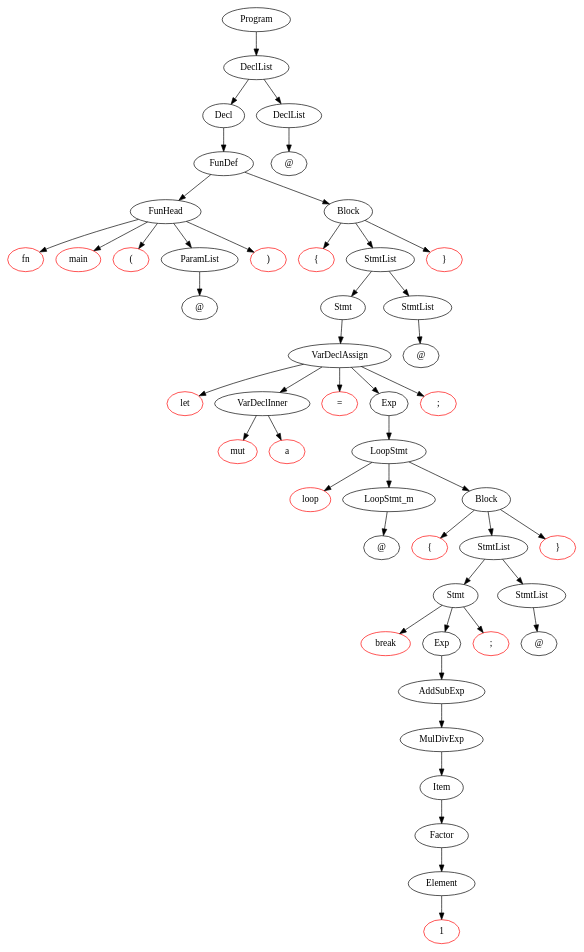
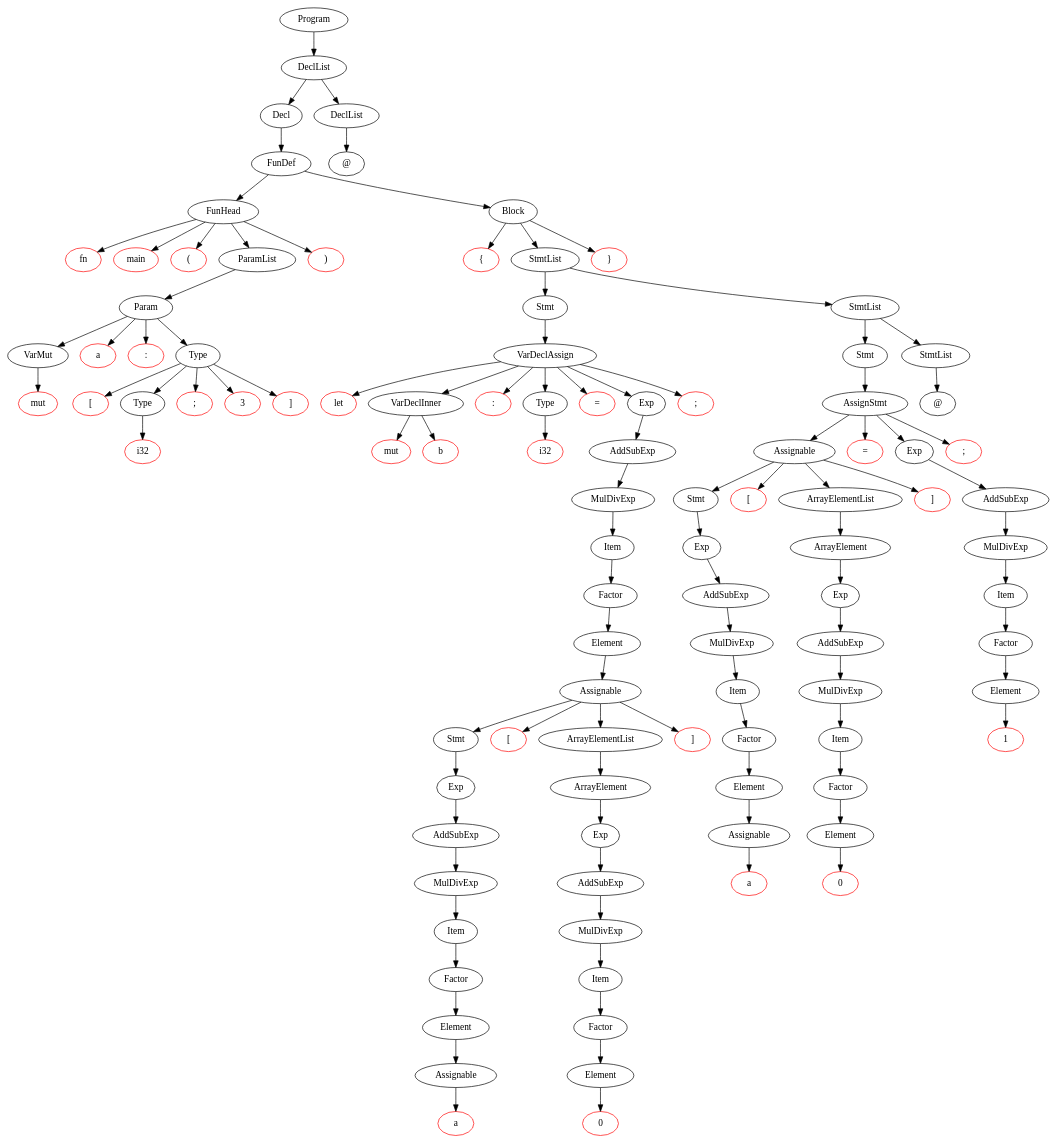
One commit to missingp/RUSTlike-compiler changed the diagram in Parser/results/Parse_Tree.dot. Above: the diagram before and after it, drawn with Graphviz. The commit also changed 33 other files, not shown here.

```diff
--- a/Parser/results/Parse_Tree.dot
+++ b/Parser/results/Parse_Tree.dot
@@ -2,96 +2,202 @@
 n0[label="fn",color=red];
 n1[label="main",color=red];
 n2[label="(",color=red];
-n3[label="ParamList"];
-e4[label="@"];
-n3 -> e4;
-n4[label=")",color=red];
-n5[label="FunHead"];
-n5 -> n4;
-n5 -> n3;
-n5 -> n2;
-n5 -> n1;
-n5 -> n0;
-n6[label="{",color=red];
-n7[label="let",color=red];
-n8[label="mut",color=red];
-n9[label="a",color=red];
-n10[label="VarDeclInner"];
-n10 -> n9;
-n10 -> n8;
-n11[label="=",color=red];
-n12[label="loop",color=red];
-n13[label="LoopStmt_m"];
-e14[label="@"];
-n13 -> e14;
-n14[label="{",color=red];
-n15[label="break",color=red];
-n16[label="1",color=red];
-n17[label="Element"];
+n3[label="mut",color=red];
+n4[label="VarMut"];
+n4 -> n3;
+n5[label="a",color=red];
+n6[label=":",color=red];
+n7[label="[",color=red];
+n8[label="i32",color=red];
+n9[label="Type"];
+n9 -> n8;
+n10[label=";",color=red];
+n11[label="3",color=red];
+n12[label="]",color=red];
+n13[label="Type"];
+n13 -> n12;
+n13 -> n11;
+n13 -> n10;
+n13 -> n9;
+n13 -> n7;
+n14[label="Param"];
+n14 -> n13;
+n14 -> n6;
+n14 -> n5;
+n14 -> n4;
+n15[label="ParamList"];
+n15 -> n14;
+n16[label=")",color=red];
+n17[label="FunHead"];
 n17 -> n16;
-n18[label="Factor"];
-n18 -> n17;
-n19[label="Item"];
-n19 -> n18;
-n20[label="MulDivExp"];
-n20 -> n19;
-n21[label="AddSubExp"];
-n21 -> n20;
-n22[label="Exp"];
+n17 -> n15;
+n17 -> n2;
+n17 -> n1;
+n17 -> n0;
+n18[label="{",color=red];
+n19[label="let",color=red];
+n20[label="mut",color=red];
+n21[label="b",color=red];
+n22[label="VarDeclInner"];
 n22 -> n21;
-n23[label=";",color=red];
-n24[label="Stmt"];
-n24 -> n23;
-n24 -> n22;
-n24 -> n15;
-n25[label="StmtList"];
-e26[label="@"];
-n25 -> e26;
-n26[label="StmtList"];
-n26 -> n25;
-n26 -> n24;
-n27[label="}",color=red];
-n28[label="Block"];
+n22 -> n20;
+n23[label=":",color=red];
+n24[label="i32",color=red];
+n25[label="Type"];
+n25 -> n24;
+n26[label="=",color=red];
+n27[label="a",color=red];
+n28[label="Assignable"];
 n28 -> n27;
-n28 -> n26;
-n28 -> n14;
-n29[label="LoopStmt"];
+n29[label="Element"];
 n29 -> n28;
-n29 -> n13;
-n29 -> n12;
-n30[label="Exp"];
+n30[label="Factor"];
 n30 -> n29;
-n31[label=";",color=red];
-n32[label="VarDeclAssign"];
+n31[label="Item"];
+n31 -> n30;
+n32[label="MulDivExp"];
 n32 -> n31;
-n32 -> n30;
-n32 -> n11;
-n32 -> n10;
-n32 -> n7;
-n33[label="Stmt"];
+n33[label="AddSubExp"];
 n33 -> n32;
-n34[label="StmtList"];
-e35[label="@"];
-n34 -> e35;
-n35[label="StmtList"];
+n34[label="Exp"];
+n34 -> n33;
+n35[label="Stmt"];
 n35 -> n34;
-n35 -> n33;
-n36[label="}",color=red];
-n37[label="Block"];
-n37 -> n36;
-n37 -> n35;
-n37 -> n6;
-n38[label="FunDef"];
+n36[label="[",color=red];
+n37[label="0",color=red];
+n38[label="Element"];
 n38 -> n37;
-n38 -> n5;
-n39[label="Decl"];
+n39[label="Factor"];
 n39 -> n38;
-n40[label="DeclList"];
-e41[label="@"];
-n40 -> e41;
-n41[label="DeclList"];
+n40[label="Item"];
+n40 -> n39;
+n41[label="MulDivExp"];
 n41 -> n40;
-n41 -> n39;
-n42[label="Program"];
+n42[label="AddSubExp"];
 n42 -> n41;
+n43[label="Exp"];
+n43 -> n42;
+n44[label="ArrayElement"];
+n44 -> n43;
+n45[label="ArrayElementList"];
+n45 -> n44;
+n46[label="]",color=red];
+n47[label="Assignable"];
+n47 -> n46;
+n47 -> n45;
+n47 -> n36;
+n47 -> n35;
+n48[label="Element"];
+n48 -> n47;
+n49[label="Factor"];
+n49 -> n48;
+n50[label="Item"];
+n50 -> n49;
+n51[label="MulDivExp"];
+n51 -> n50;
+n52[label="AddSubExp"];
+n52 -> n51;
+n53[label="Exp"];
+n53 -> n52;
+n54[label=";",color=red];
+n55[label="VarDeclAssign"];
+n55 -> n54;
+n55 -> n53;
+n55 -> n26;
+n55 -> n25;
+n55 -> n23;
+n55 -> n22;
+n55 -> n19;
+n56[label="Stmt"];
+n56 -> n55;
+n57[label="a",color=red];
+n58[label="Assignable"];
+n58 -> n57;
+n59[label="Element"];
+n59 -> n58;
+n60[label="Factor"];
+n60 -> n59;
+n61[label="Item"];
+n61 -> n60;
+n62[label="MulDivExp"];
+n62 -> n61;
+n63[label="AddSubExp"];
+n63 -> n62;
+n64[label="Exp"];
+n64 -> n63;
+n65[label="Stmt"];
+n65 -> n64;
+n66[label="[",color=red];
+n67[label="0",color=red];
+n68[label="Element"];
+n68 -> n67;
+n69[label="Factor"];
+n69 -> n68;
+n70[label="Item"];
+n70 -> n69;
+n71[label="MulDivExp"];
+n71 -> n70;
+n72[label="AddSubExp"];
+n72 -> n71;
+n73[label="Exp"];
+n73 -> n72;
+n74[label="ArrayElement"];
+n74 -> n73;
+n75[label="ArrayElementList"];
+n75 -> n74;
+n76[label="]",color=red];
+n77[label="Assignable"];
+n77 -> n76;
+n77 -> n75;
+n77 -> n66;
+n77 -> n65;
+n78[label="=",color=red];
+n79[label="1",color=red];
+n80[label="Element"];
+n80 -> n79;
+n81[label="Factor"];
+n81 -> n80;
+n82[label="Item"];
+n82 -> n81;
+n83[label="MulDivExp"];
+n83 -> n82;
+n84[label="AddSubExp"];
+n84 -> n83;
+n85[label="Exp"];
+n85 -> n84;
+n86[label=";",color=red];
+n87[label="AssignStmt"];
+n87 -> n86;
+n87 -> n85;
+n87 -> n78;
+n87 -> n77;
+n88[label="Stmt"];
+n88 -> n87;
+n89[label="StmtList"];
+e90[label="@"];
+n89 -> e90;
+n90[label="StmtList"];
+n90 -> n89;
+n90 -> n88;
+n91[label="StmtList"];
+n91 -> n90;
+n91 -> n56;
+n92[label="}",color=red];
+n93[label="Block"];
+n93 -> n92;
+n93 -> n91;
+n93 -> n18;
+n94[label="FunDef"];
+n94 -> n93;
+n94 -> n17;
+n95[label="Decl"];
+n95 -> n94;
+n96[label="DeclList"];
+e97[label="@"];
+n96 -> e97;
+n97[label="DeclList"];
+n97 -> n96;
+n97 -> n95;
+n98[label="Program"];
+n98 -> n97;
 }
```
